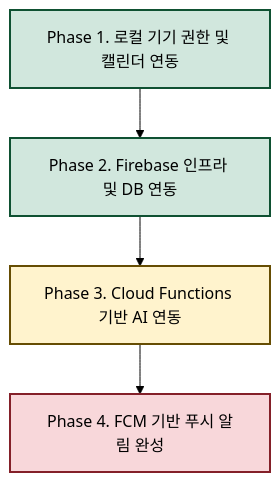
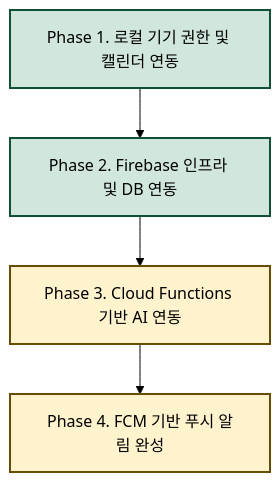
One commit to kmseon0309/majung_share changed the diagram in README.md. Above: the diagram before and after it, drawn with Mermaid (forest theme). The commit also changed other lines of this file and 11 other files, not shown here.

````diff
--- a/README.md
+++ b/README.md
@@ -23,11 +23,11 @@
 ```mermaid
 graph TD
     P1[Phase 1. 로컬 기기 권한 및 캘린더 연동] --> P2[Phase 2. Firebase 인프라 및 DB 연동]
     P2 --> P3[Phase 3. Cloud Functions 기반 AI 연동]
     P3 --> P4[Phase 4. FCM 기반 푸시 알림 완성]
     
     style P1 fill:#d1e7dd,stroke:#0f5132,stroke-width:2px
     style P2 fill:#d1e7dd,stroke:#0f5132,stroke-width:2px
     style P3 fill:#fff3cd,stroke:#664d03,stroke-width:2px
-    style P4 fill:#f8d7da,stroke:#842029,stroke-width:2px
+    style P4 fill:#fff3cd,stroke:#664d03,stroke-width:2px
 ```
````
